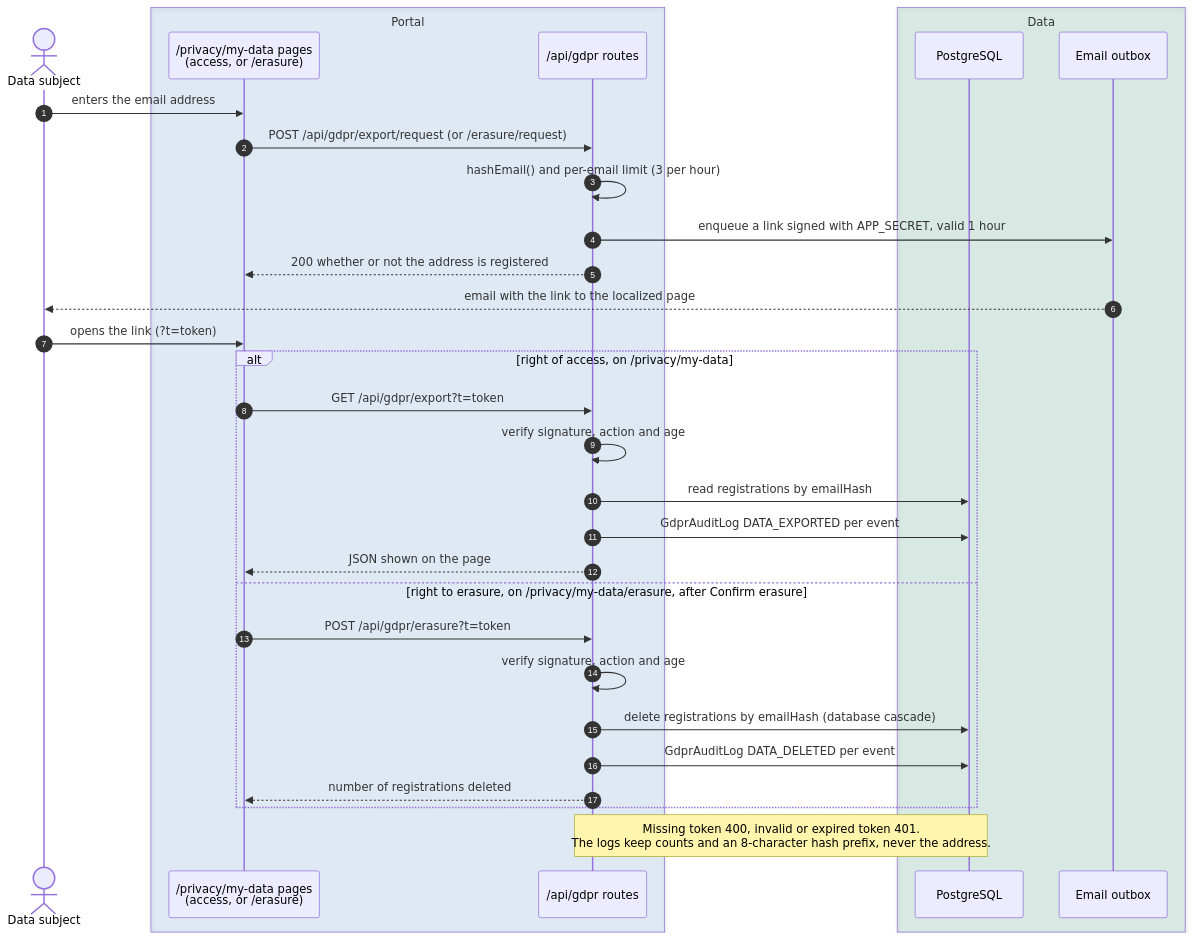
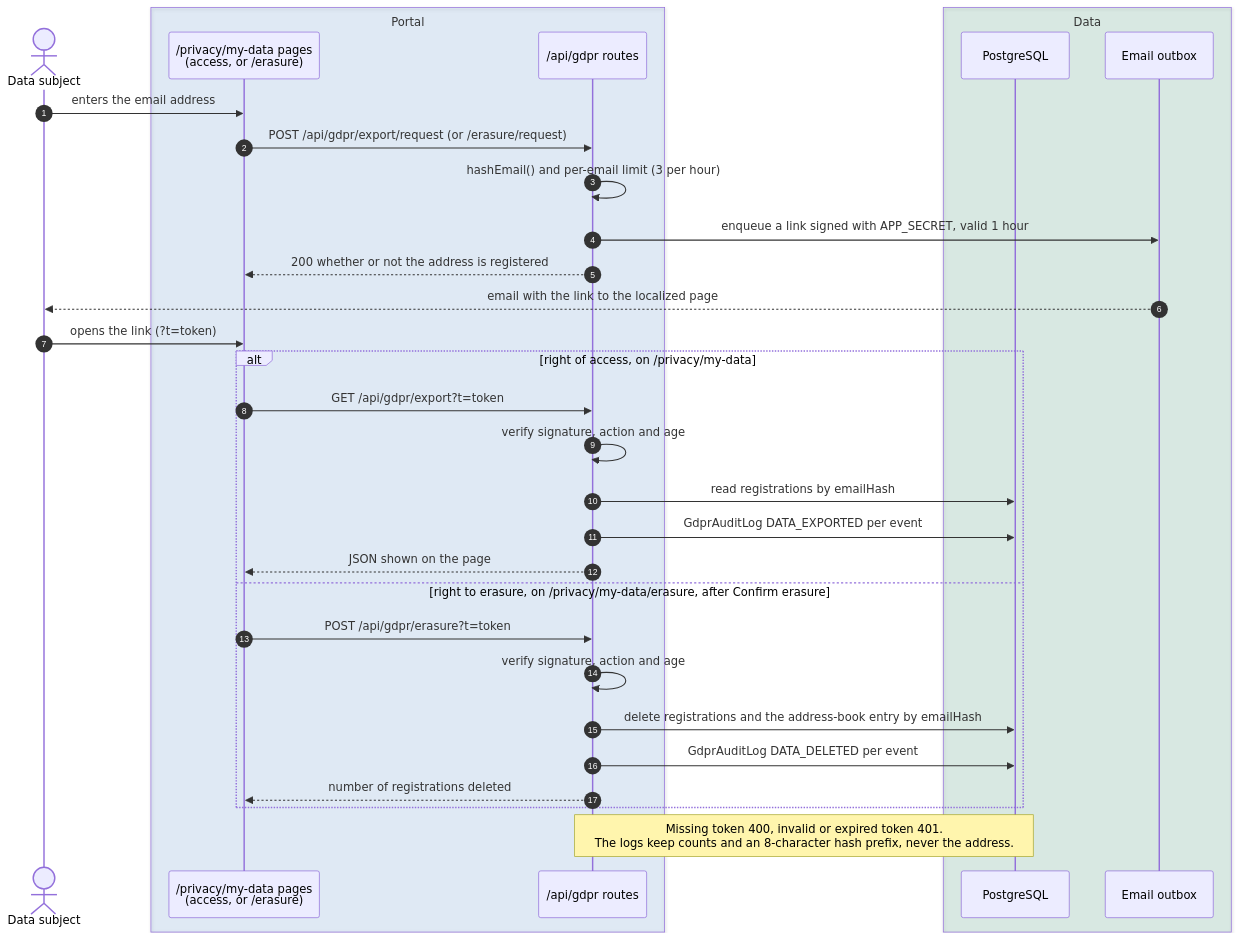
Before and after one commit to italia/pa-webinar: the third of 3 diagrams in docs/GDPR.md, drawn with Mermaid. The commit also changed other lines of this file and 45 other files, not shown here.

````diff
--- a/docs/GDPR.md
+++ b/docs/GDPR.md
@@ -237,35 +237,35 @@
 ```mermaid
 sequenceDiagram
   autonumber
   actor P as Data subject
   box rgba(0,102,204,0.10) Portal
     participant W as /privacy/my-data pages<br/>(access, or /erasure)
     participant API as /api/gdpr routes
   end
   box rgba(0,128,85,0.12) Data
     participant DB as PostgreSQL
     participant OB as Email outbox
   end
 
   P->>W: enters the email address
   W->>API: POST /api/gdpr/export/request (or /erasure/request)
   API->>API: hashEmail() and per-email limit (3 per hour)
   API->>OB: enqueue a link signed with APP_SECRET, valid 1 hour
   API-->>W: 200 whether or not the address is registered
   OB-->>P: email with the link to the localized page
   P->>W: opens the link (?t=token)
   alt right of access, on /privacy/my-data
     W->>API: GET /api/gdpr/export?t=token
     API->>API: verify signature, action and age
     API->>DB: read registrations by emailHash
     API->>DB: GdprAuditLog DATA_EXPORTED per event
     API-->>W: JSON shown on the page
   else right to erasure, on /privacy/my-data/erasure, after Confirm erasure
     W->>API: POST /api/gdpr/erasure?t=token
     API->>API: verify signature, action and age
-    API->>DB: delete registrations by emailHash (database cascade)
+    API->>DB: delete registrations and the address-book entry by emailHash
     API->>DB: GdprAuditLog DATA_DELETED per event
     API-->>W: number of registrations deleted
   end
   Note over API,DB: Missing token 400, invalid or expired token 401.<br/>The logs keep counts and an 8-character hash prefix, never the address.
 ```
````
